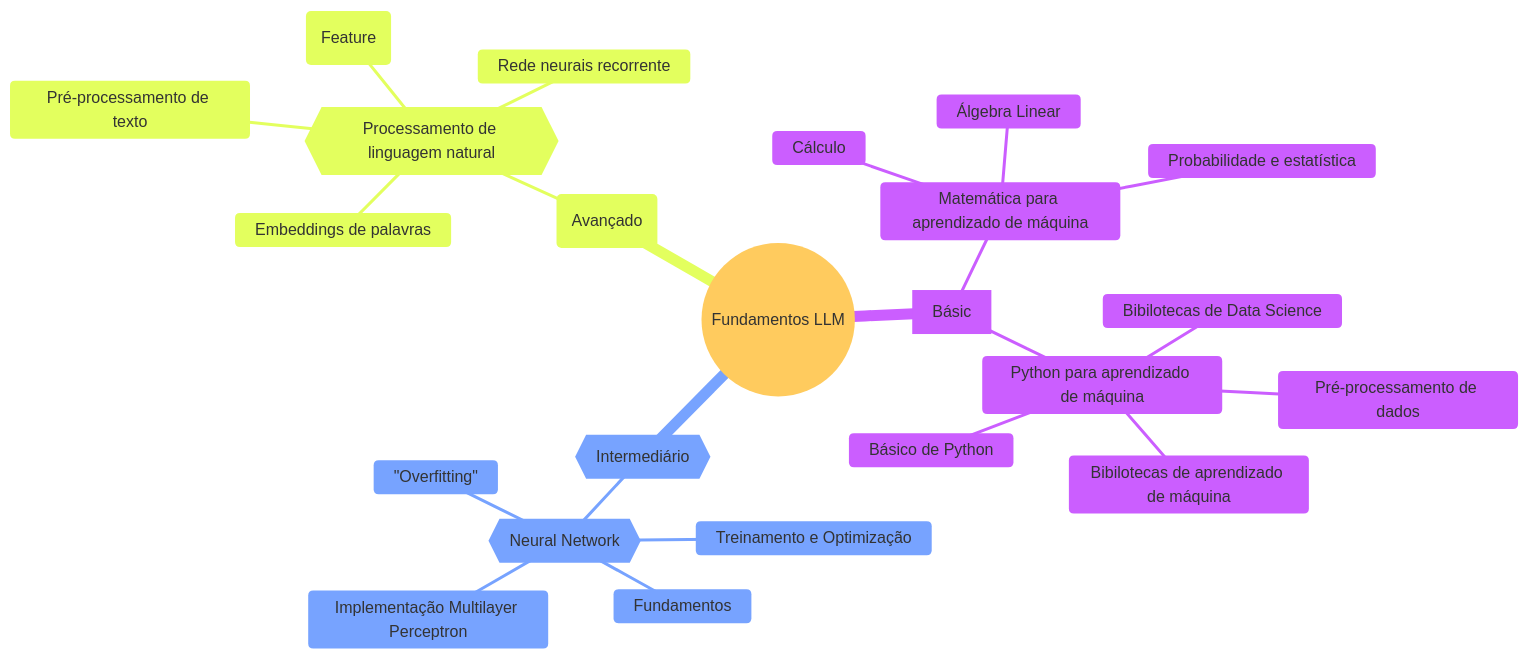
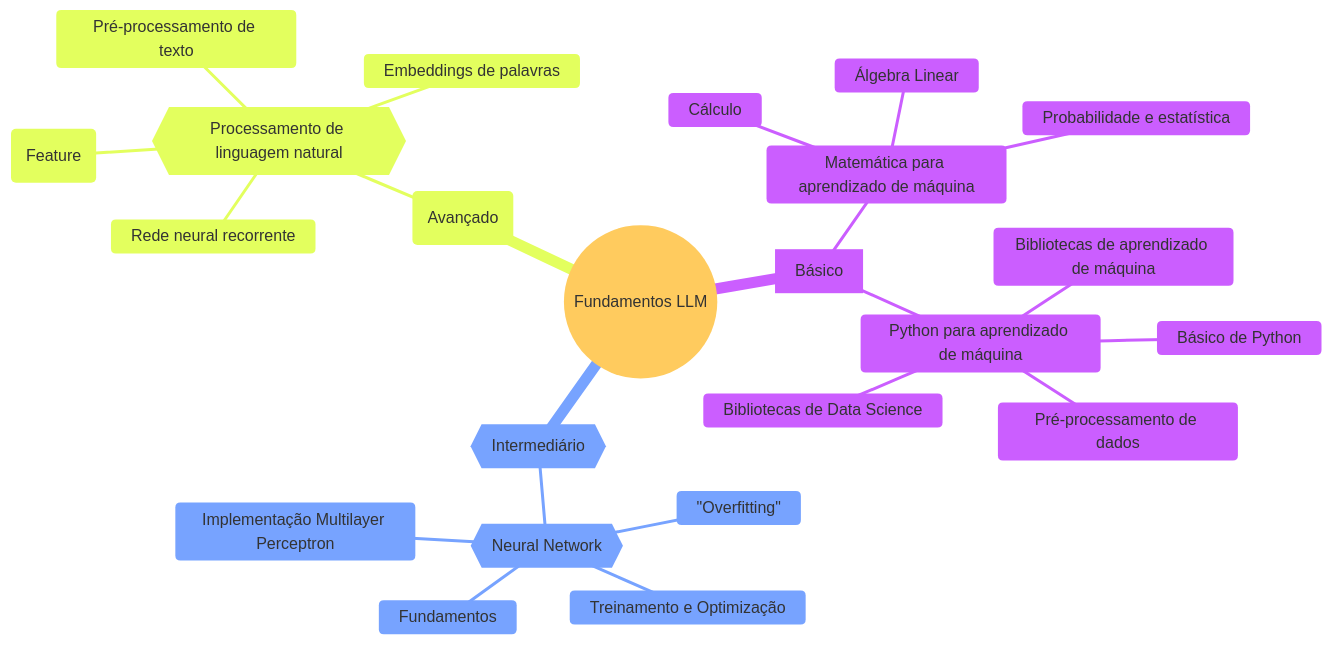
One commit to paulorcf/curso-de-llm changed the diagram in diagrams/roadmap_fundamentals.mermaid. Above: the diagram before and after it, drawn with Mermaid.

Commit message:
least fixes in word in pt-br on roadmaps

```diff
--- a/diagrams/roadmap_fundamentals.mermaid
+++ b/diagrams/roadmap_fundamentals.mermaid
@@ -1,46 +1,46 @@
 %%{init: {
     'theme': 'base',
     'fontFamily' : 'verdana',
     'fontSize' : '11'
 }}%%
 
 %% https://mermaid.js.org/config/theming.html
 %% default, neutral, dark, forest, base
 
 %% @paulorcf - 04.2024 - v1
 
 mindmap
     root((Fundamentos LLM))
-        id[Básic]
+        id[Básico]
         ::icon(fa fa-book)
         :::urgent large
             Matemática para aprendizado de máquina
                 ::icon(fas fa-wrench)
                 Álgebra Linear
                 Cálculo
                 Probabilidade e estatística
             Python para aprendizado de máquina
                 ::icon(fas fa-wrench)
                 Básico de Python
-                Bibilotecas de Data Science
+                Bibliotecas de Data Science
                 Pré-processamento de dados
-                Bibilotecas de aprendizado de máquina
+                Bibliotecas de aprendizado de máquina
         id{{Intermediário}}
         ::icon(fa fa-book)
         :::urgent large
             {{Neural Network}}
                 ::icon(fas fa-wrench)
                 Fundamentos
                 Treinamento e Optimização
                 "Overfitting"
                 Implementação Multilayer Perceptron
 
         id(Avançado)
         ::icon(fa fa-book)
         :::urgent large
             {{Processamento de linguagem natural}}
                 ::icon(fas fa-wrench)
                 Pré-processamento de texto
-                Técnicas de extração de caracteristica (Feature)
+                Técnicas de extração de característica (Feature)
                 Embeddings de palavras
-                Rede neurais recorrente
+                Rede neural recorrente
```
